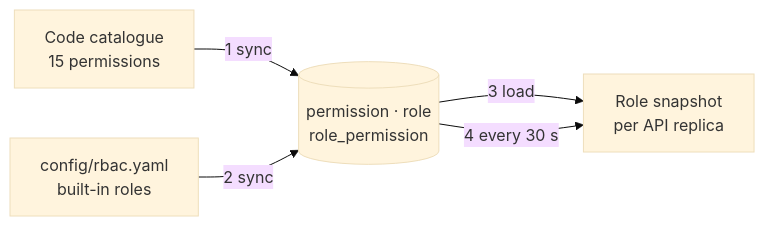
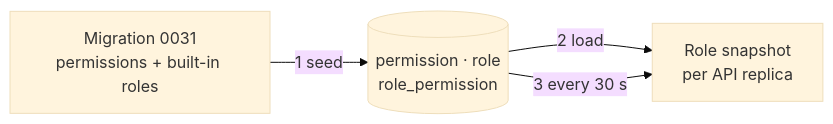
One commit to Blue-Dots-Economy/aggregator-dpg changed the fourth of 5 diagrams in docs/rbac/rbac-design-aggregator.md. Above: the diagram before and after it, drawn with Mermaid (base theme). The commit also changed other lines of this file and 29 other files, not shown here.

````diff
--- a/docs/rbac/rbac-design-aggregator.md
+++ b/docs/rbac/rbac-design-aggregator.md
@@ -244,11 +244,9 @@
 ```mermaid
 flowchart LR
-    C["Code catalogue<br/>15 permissions"]
-    Y["config/rbac.yaml<br/>built-in roles"]
+    M["Migration 0031<br/>permissions + built-in roles"]
     T[("permission · role<br/>role_permission")]
     S["Role snapshot<br/>per API replica"]
-    C -->|1 sync| T
-    Y -->|2 sync| T
-    T -->|3 load| S
-    T -->|4 every 30 s| S
+    M -->|1 seed| T
+    T -->|2 load| S
+    T -->|3 every 30 s| S
 ```
````
